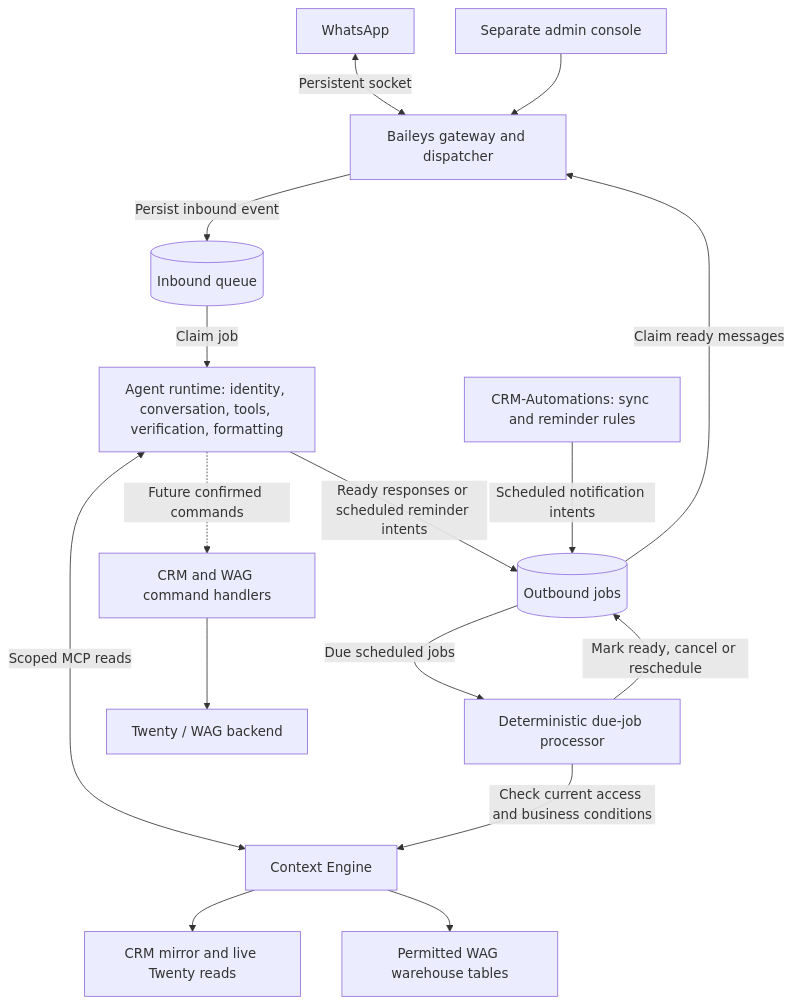
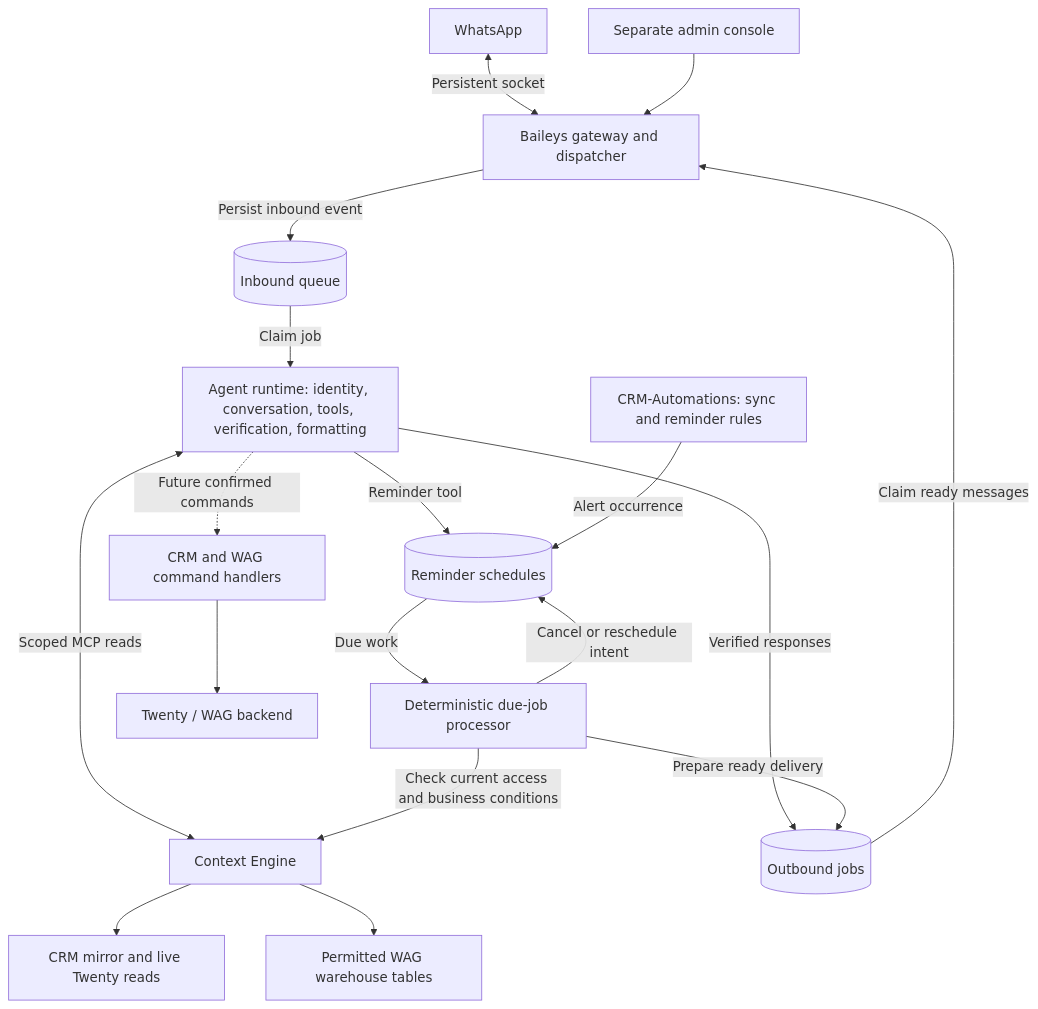
One commit to rs0125/ramesh-bot changed the first of 3 diagrams in docs/assistant-architecture-plan.md. Above: the diagram before and after it, drawn with Mermaid. The commit also changed other lines of this file and 189 other files, not shown here.

First line of the commit message:
Build Ramesh agent graph, private media and outcome evals

````diff
--- a/docs/assistant-architecture-plan.md
+++ b/docs/assistant-architecture-plan.md
@@ -151,20 +157,22 @@
 ```mermaid
 flowchart TD
     WA[WhatsApp] <-->|Persistent socket| B[Baileys gateway and dispatcher]
     A[Separate admin console] --> B
     B -->|Persist inbound event| IN[(Inbound queue)]
     IN -->|Claim job| T[Agent runtime: identity, conversation, tools, verification, formatting]
     T <-->|Scoped MCP reads| C[Context Engine]
     C --> CRM[CRM mirror and live Twenty reads]
     C --> S[Permitted WAG warehouse tables]
 
-    T -->|Ready responses or scheduled reminder intents| OUT[(Outbound jobs)]
-    CA[CRM-Automations: sync and reminder rules] -->|Scheduled notification intents| OUT
-    OUT -->|Due scheduled jobs| DUE[Deterministic due-job processor]
+    T -->|Verified responses| OUT[(Outbound jobs)]
+    T -->|Reminder tool| R[(Reminder schedules)]
+    CA[CRM-Automations: sync and reminder rules] -->|Alert occurrence| R
+    R -->|Due work| DUE[Deterministic due-job processor]
     DUE -->|Check current access and business conditions| C
-    DUE -->|Mark ready, cancel or reschedule| OUT
+    DUE -->|Prepare ready delivery| OUT
+    DUE -->|Cancel or reschedule intent| R
     OUT -->|Claim ready messages| B
 
     T -. Future confirmed commands .-> W[CRM and WAG command handlers]
     W --> SYS[Twenty / WAG backend]
 ```
````
